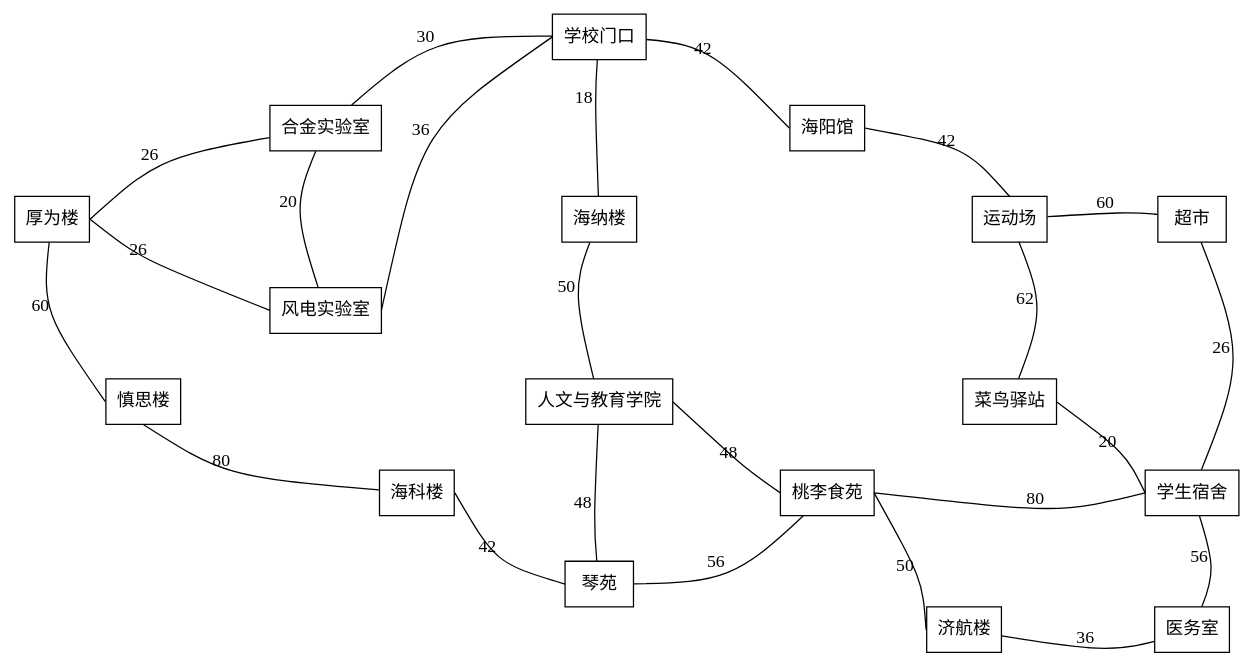
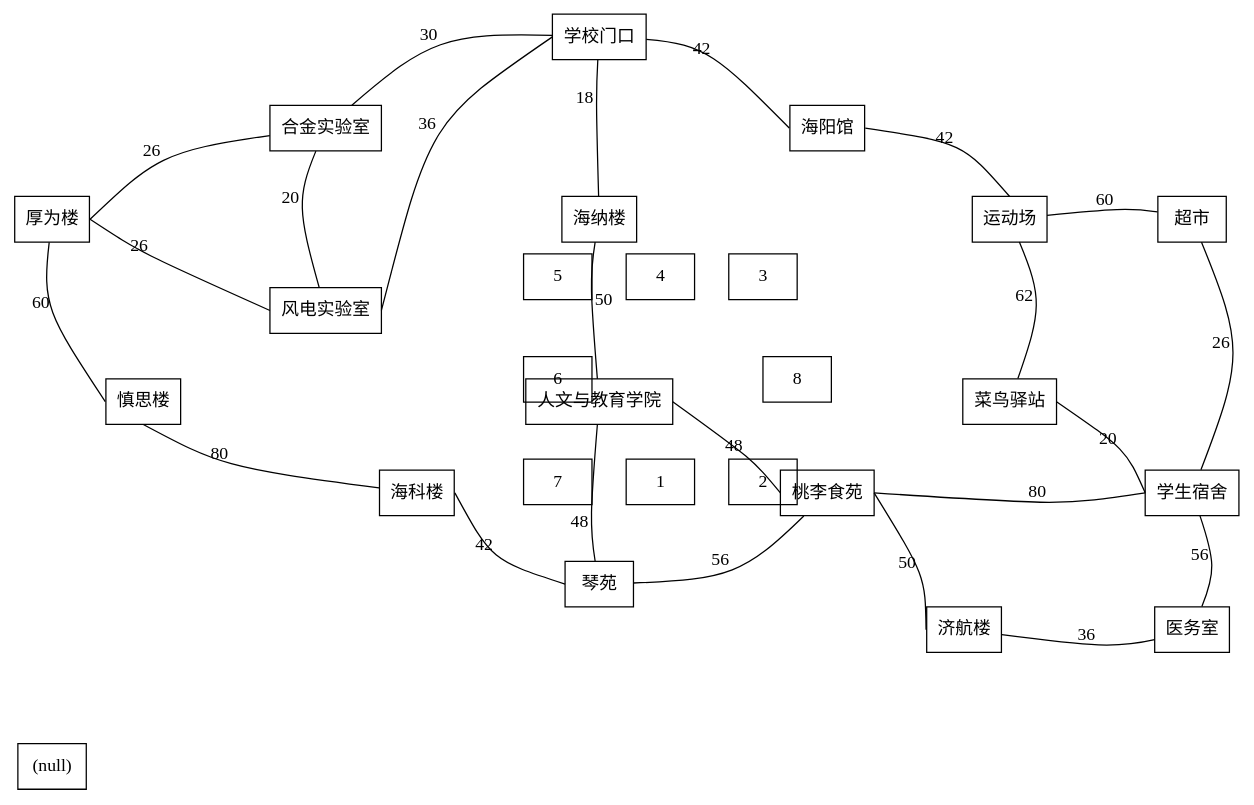
The diagram in cmake-build-debug/navigation.dot (ZK-Jackie/CampusNavigation_DataStructureFinal), drawn with Graphviz before and after one commit. The commit also changed 10 other files, not shown here.

```diff
--- a/cmake-build-debug/navigation.dot
+++ b/cmake-build-debug/navigation.dot
@@ -1,1 +1,1 @@
-graph G{layout=fdp;node[shape=rect, fontname=KaiTi];splines=curved;0[label="厚为楼", pos="0.00,6.00!"];1[label="慎思楼", pos="1.00,4.00!"];2[label="合金实验室", pos="3.00,7.00!"];3[label="风电实验室", pos="3.00,5.00!"];4[label="海科楼", pos="4.00,3.00!"];5[label="学校门口", pos="6.00,8.00!"];6[label="海纳楼", pos="6.00,6.00!"];7[label="人文与教育学院", pos="6.00,4.00!"];8[label="琴苑", pos="6.00,2.00!"];9[label="海阳馆", pos="8.50,7.00!"];10[label="桃李食苑", pos="8.50,3.00!"];11[label="济航楼", pos="10.00,1.50!"];12[label="运动场", pos="10.50,6.00!"];13[label="菜鸟驿站", pos="10.50,4.00!"];14[label="超市", pos="12.50,6.00!"];15[label="学生宿舍", pos="12.50,3.00!"];16[label="医务室", pos="12.50,1.50!"];0--1[label=60,headport=w];0--2[label=26,tailport=e];0--3[label=26,tailport=e,headport=w];1--4[label=80,tailport=s];2--3[label=20];2--5[label=30];3--5[label=36,tailport=e,headport=w];4--8[label=42,tailport=e,headport=w];5--6[label=18];5--9[label=42,headport=w];6--7[label=50];7--8[label=48];7--10[label=48,tailport=e,headport=w];8--10[label=56];9--12[label=42,tailport=e,headport=n];10--11[label=50,tailport=e,headport=w];10--15[label=80,tailport=e,headport=w];11--16[label=36];12--13[label=62];12--14[label=60];13--15[label=20,tailport=e,headport=w];14--15[label=26];15--16[label=56];}
+graph G{layout=fdp;node[shape=rect, fontname=KaiTi];splines=curved;0[label="厚为楼", pos="0.00,6.00!"];1[label="慎思楼", pos="1.00,4.00!"];2[label="合金实验室", pos="3.00,7.00!"];3[label="风电实验室", pos="3.00,5.00!"];4[label="海科楼", pos="4.00,3.00!"];5[label="学校门口", pos="6.00,8.00!"];6[label="海纳楼", pos="6.00,6.00!"];7[label="人文与教育学院", pos="6.00,4.00!"];8[label="琴苑", pos="6.00,2.00!"];9[label="海阳馆", pos="8.50,7.00!"];10[label="桃李食苑", pos="8.50,3.00!"];11[label="济航楼", pos="10.00,1.50!"];12[label="运动场", pos="10.50,6.00!"];13[label="菜鸟驿站", pos="10.50,4.00!"];14[label="超市", pos="12.50,6.00!"];15[label="学生宿舍", pos="12.50,3.00!"];16[label="医务室", pos="12.50,1.50!"];17[label="1"];18[label="2"];19[label="3"];20[label="4"];21[label="5"];22[label="6"];23[label="7"];24[label="8"];25[label="(null)", pos="0.00,0.00!"];0--1[label=60,headport=w];0--2[label=26,tailport=e];0--3[label=26,tailport=e,headport=w];1--4[label=80,tailport=s];2--3[label=20];2--5[label=30];3--5[label=36,tailport=e,headport=w];4--8[label=42,tailport=e,headport=w];5--6[label=18];5--9[label=42,headport=w];6--7[label=50];7--8[label=48];7--10[label=48,tailport=e,headport=w];8--10[label=56];9--12[label=42,tailport=e,headport=n];10--11[label=50,tailport=e,headport=w];10--15[label=80,tailport=e,headport=w];11--16[label=36];12--13[label=62];12--14[label=60];13--15[label=20,tailport=e,headport=w];14--15[label=26];15--16[label=56];}
```
